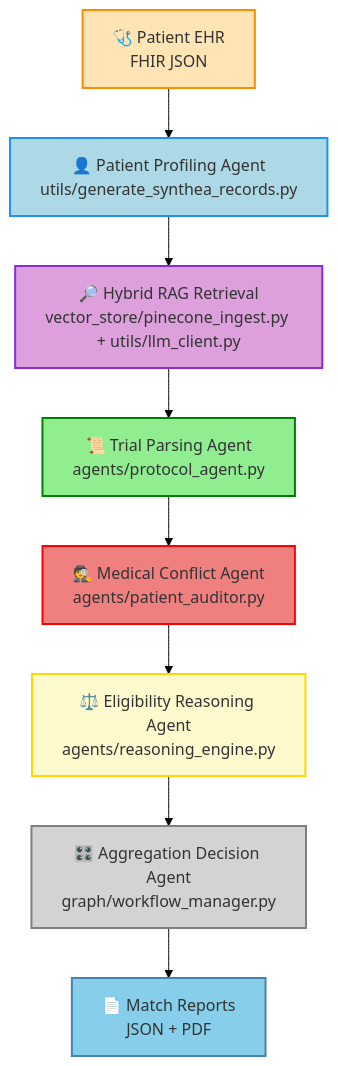
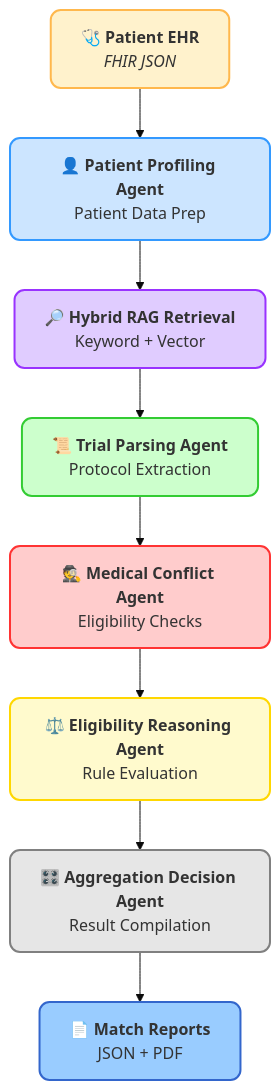
One commit to Yohansgit/multi_agent_clinical_trial_matching_system changed the diagram in README.md. Above: the diagram before and after it, drawn with Mermaid (base theme).

````diff
--- a/README.md
+++ b/README.md
@@ -95,32 +95,32 @@
 ```mermaid
 flowchart TB
-    %% Nodes with color
-    EHR["🩺 Patient EHR<br/>FHIR JSON"]
-    PA["👤 Patient Profiling Agent<br/>utils/generate_synthea_records.py"]
-    RAG["🔎 Hybrid RAG Retrieval<br/>vector_store/pinecone_ingest.py + utils/llm_client.py"]
-    TP["📜 Trial Parsing Agent<br/>agents/protocol_agent.py"]
-    MC["🕵️ Medical Conflict Agent<br/>agents/patient_auditor.py"]
-    ER["⚖️ Eligibility Reasoning Agent<br/>agents/reasoning_engine.py"]
-    AGG["🎛️ Aggregation Decision Agent<br/>graph/workflow_manager.py"]
-    OUT["📄 Match Reports<br/>JSON + PDF"]
+    %% Nodes with color, rounded corners, bold labels
+    EHR["<b>🩺 Patient EHR</b><br/><i>FHIR JSON</i>"]
+    PA["<b>👤 Patient Profiling Agent</b><br/>Patient Data Prep"]
+    RAG["<b>🔎 Hybrid RAG Retrieval</b><br/>Keyword + Vector"]
+    TP["<b>📜 Trial Parsing Agent</b><br/>Protocol Extraction"]
+    MC["<b>🕵️ Medical Conflict Agent</b><br/>Eligibility Checks"]
+    ER["<b>⚖️ Eligibility Reasoning Agent</b><br/>Rule Evaluation"]
+    AGG["<b>🎛️ Aggregation Decision Agent</b><br/>Result Compilation"]
+    OUT["<b>📄 Match Reports</b><br/>JSON + PDF"]
 
     %% Edges
     EHR --> PA
     PA --> RAG
     RAG --> TP
     TP --> MC
     MC --> ER
     ER --> AGG
     AGG --> OUT
 
-    %% Styling nodes with colors
-    style EHR fill:#ffe4b5,stroke:#ff8c00,stroke-width:2px
-    style PA fill:#add8e6,stroke:#1e90ff,stroke-width:2px
-    style RAG fill:#dda0dd,stroke:#8a2be2,stroke-width:2px
-    style TP fill:#90ee90,stroke:#008000,stroke-width:2px
-    style MC fill:#f08080,stroke:#ff0000,stroke-width:2px
-    style ER fill:#fffacd,stroke:#ffd700,stroke-width:2px
-    style AGG fill:#d3d3d3,stroke:#808080,stroke-width:2px
-    style OUT fill:#87ceeb,stroke:#4682b4,stroke-width:2px
+    %% Styling nodes with nicer colors and rounded corners
+    style EHR fill:#fff2cc,stroke:#ffb84d,stroke-width:2px,rx:10,ry:10
+    style PA fill:#cce5ff,stroke:#3399ff,stroke-width:2px,rx:10,ry:10
+    style RAG fill:#e0ccff,stroke:#9933ff,stroke-width:2px,rx:10,ry:10
+    style TP fill:#ccffcc,stroke:#33cc33,stroke-width:2px,rx:10,ry:10
+    style MC fill:#ffcccc,stroke:#ff3333,stroke-width:2px,rx:10,ry:10
+    style ER fill:#fffacd,stroke:#ffd700,stroke-width:2px,rx:10,ry:10
+    style AGG fill:#e6e6e6,stroke:#808080,stroke-width:2px,rx:10,ry:10
+    style OUT fill:#99ccff,stroke:#3366cc,stroke-width:2px,rx:10,ry:10
 
 ```
````
